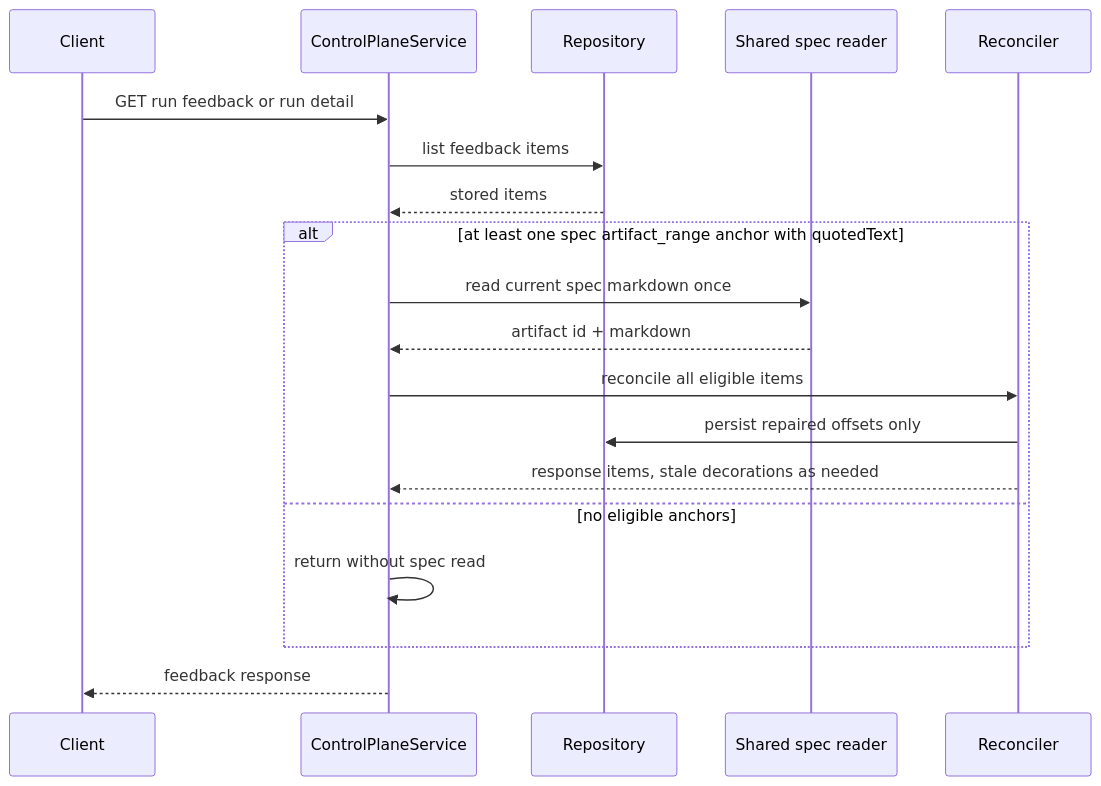
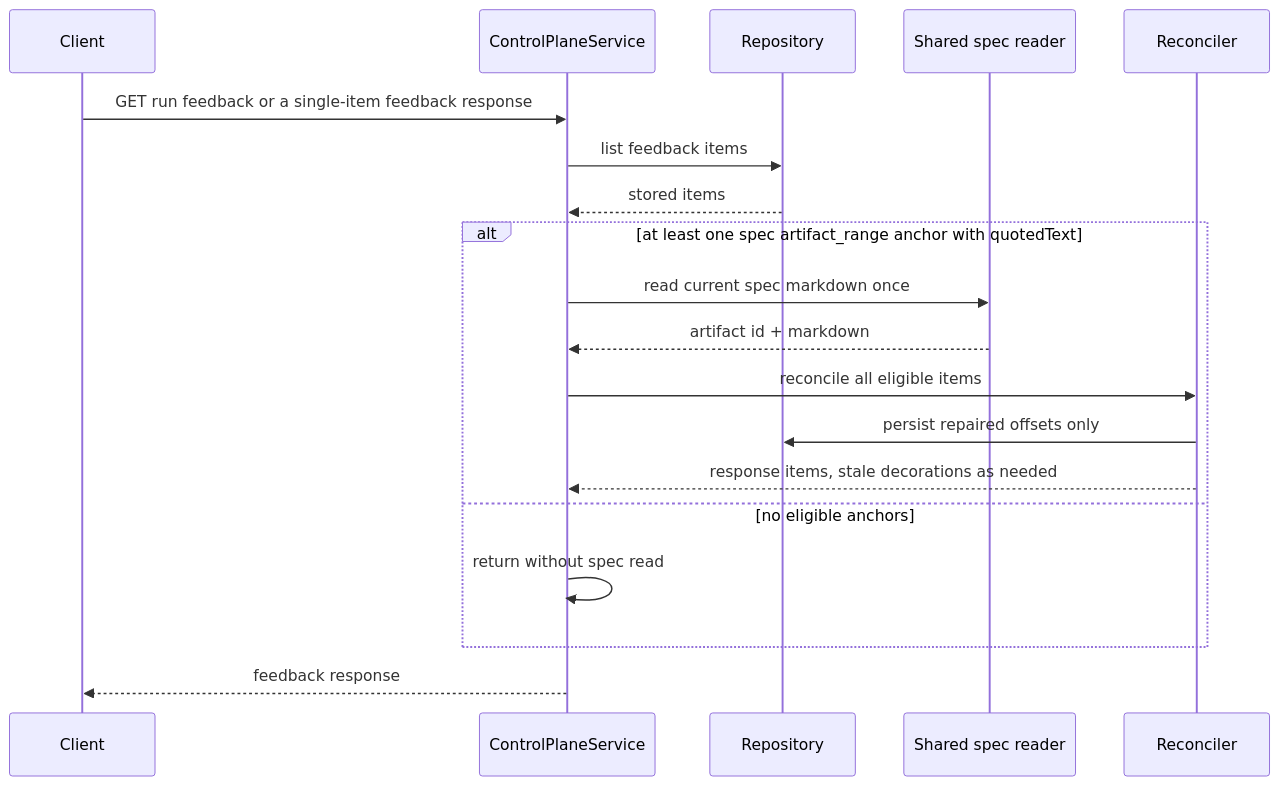
The fifth of 5 diagrams in context-human/specs/enhancement-spec-feedback-anchors-request-changes-resolve-reopen.md (markdstafford/autocatalyst), drawn with Mermaid before and after one commit. The commit also changed other lines of this file, not shown here.

First line of the commit message:
docs: revise enhancement spec spec-feedback-anchors-request-changes-resolve-reopen

````diff
--- a/context-human/specs/enhancement-spec-feedback-anchors-request-changes-resolve-reopen.md
+++ b/context-human/specs/enhancement-spec-feedback-anchors-request-changes-resolve-reopen.md
@@ -193,21 +193,21 @@
 ```mermaid
 sequenceDiagram
     participant C as Client
     participant S as ControlPlaneService
     participant D as Repository
     participant G as Shared spec reader
     participant X as Reconciler
-    C->>S: GET run feedback or run detail
+    C->>S: GET run feedback or a single-item feedback response
     S->>D: list feedback items
     D-->>S: stored items
     alt at least one spec artifact_range anchor with quotedText
       S->>G: read current spec markdown once
       G-->>S: artifact id + markdown
       S->>X: reconcile all eligible items
       X->>D: persist repaired offsets only
       X-->>S: response items, stale decorations as needed
     else no eligible anchors
       S->>S: return without spec read
     end
     S-->>C: feedback response
 ```
````
